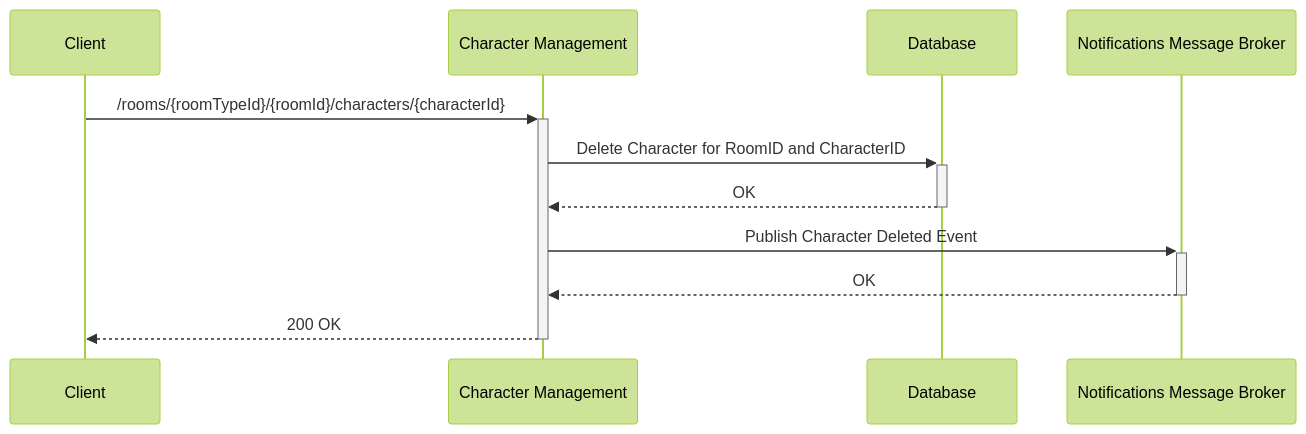
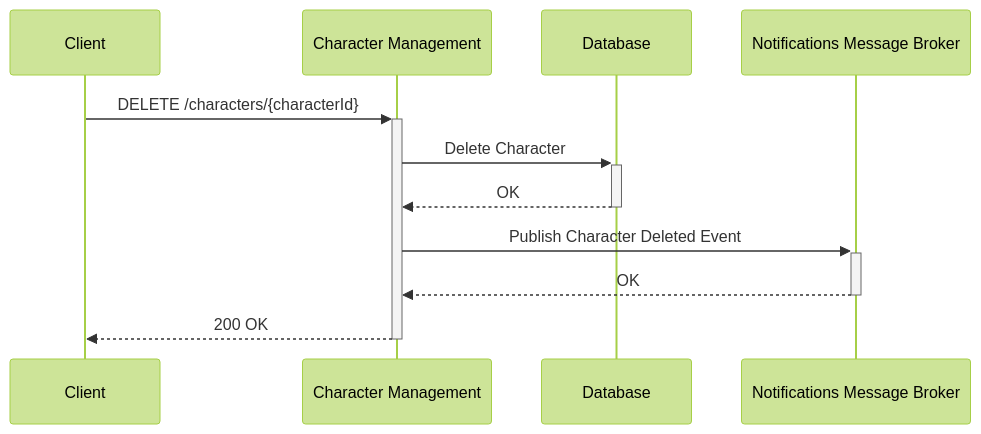
One commit to REW1L/munch-helper changed the fifth of 5 diagrams in docs/descriptions/MunchHelper/Backend Services/Character Management.md. Above: the diagram before and after it, drawn with Mermaid (forest theme). The commit also changed other lines of this file and 12 other files, not shown here.

````diff
--- a/docs/descriptions/MunchHelper/Backend Services/Character Management.md
+++ b/docs/descriptions/MunchHelper/Backend Services/Character Management.md
@@ -173,14 +175,14 @@
 ```mermaid
 sequenceDiagram
     participant Client
     participant Character Management
     participant Database
     participant Notifications Message Broker
 
-    Client ->>+ Character Management: /rooms/{roomTypeId}/{roomId}/characters/{characterId}
-    Character Management ->>+ Database: Delete Character for RoomID and CharacterID
+    Client ->>+ Character Management: DELETE /characters/{characterId}
+    Character Management ->>+ Database: Delete Character
     Database -->>- Character Management: OK
     Character Management ->>+ Notifications Message Broker: Publish Character Deleted Event
     Notifications Message Broker -->>- Character Management: OK
     Character Management -->>- Client: 200 OK
 ```
````
